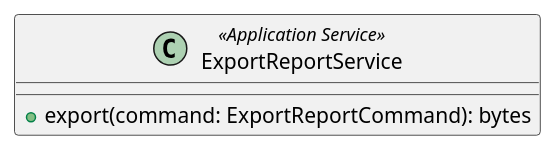
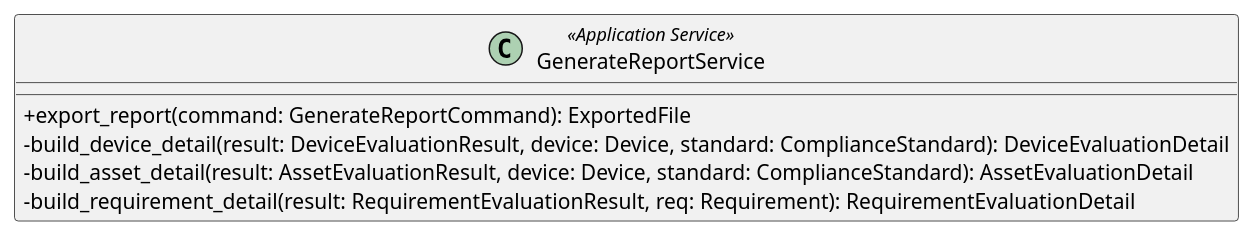
The diagram in src/PB/DocumentazioneEsterna/Specifica_Tecnica/content/uml/puml/Diagrammi_classi/Backend/ApplicationServices/ExportReportService.puml (GroupRubberDuck/Documentazione), drawn with PlantUML before and after one commit. The commit also changed 34 other files, not shown here.

```diff
--- a/src/PB/DocumentazioneEsterna/Specifica_Tecnica/content/uml/puml/Diagrammi_classi/Backend/ApplicationServices/ExportReportService.puml
+++ b/src/PB/DocumentazioneEsterna/Specifica_Tecnica/content/uml/puml/Diagrammi_classi/Backend/ApplicationServices/ExportReportService.puml
@@ -1,8 +1,12 @@
 @startuml ExportReportService
 
-class ExportReportService <<Application Service>> {
-    + export(command: ExportReportCommand): bytes
+skinparam classAttributeIconSize 0
+
+class GenerateReportService <<Application Service>> {
+    + export_report(command: GenerateReportCommand): ExportedFile
+    - build_device_detail(result: DeviceEvaluationResult, device: Device, standard: ComplianceStandard): DeviceEvaluationDetail
+    - build_asset_detail(result: AssetEvaluationResult, device: Device, standard: ComplianceStandard): AssetEvaluationDetail
+    - build_requirement_detail(result: RequirementEvaluationResult, req: Requirement): RequirementEvaluationDetail
 }
 
-
 @enduml
```
